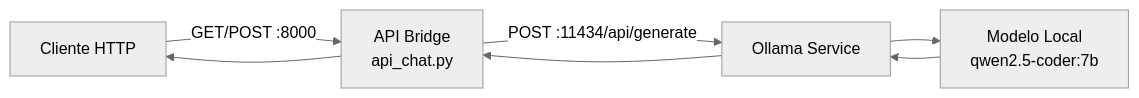
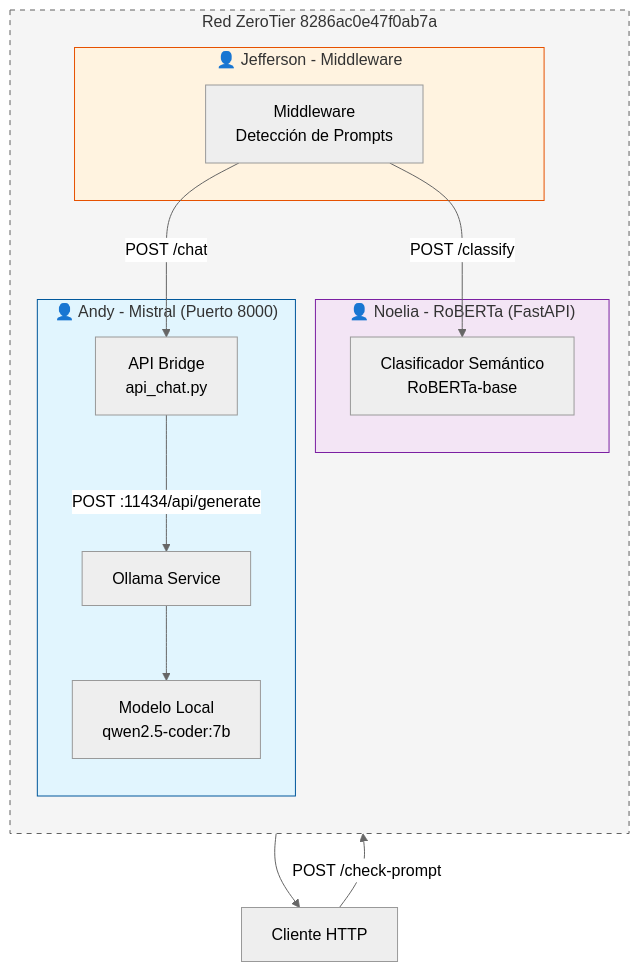
One commit to andylaglaguano9-max/Proyecto_Lagla changed the diagram in README.md. Above: the diagram before and after it, drawn with Mermaid (neutral theme). The commit also changed other lines of this file, not shown here.

Commit message:
Update architecture diagram to reflect team roles: Andy (Mistral/Ollama), Noelia (RoBERTa), Jefferson (Middleware) over ZeroTier

````diff
--- a/README.md
+++ b/README.md
@@ -7,9 +7,26 @@
 ```mermaid
-graph LR
-    A[Cliente HTTP] -->|GET/POST :8000| B[API Bridge<br>api_chat.py]
-    B -->|POST :11434/api/generate| C[Ollama Service]
-    C --> D[Modelo Local<br>qwen2.5-coder:7b]
-    D --> C
-    C --> B
-    B --> A
+graph TB
+    subgraph ZeroTier["Red ZeroTier 8286ac0e47f0ab7a"]
+        direction TB
+        subgraph Andy["👤 Andy - Mistral (Puerto 8000)"]
+            API[API Bridge<br>api_chat.py] -->|POST :11434/api/generate| OLLAMA[Ollama Service]
+            OLLAMA --> MODELO[Modelo Local<br>qwen2.5-coder:7b]
+        end
+        subgraph Noelia["👤 Noelia - RoBERTa (FastAPI)"]
+            ROBERTA[Clasificador Semántico<br>RoBERTa-base]
+        end
+        subgraph Jefferson["👤 Jefferson - Middleware"]
+            MIDDLE[Middleware<br>Detección de Prompts]
+        end
+    end
+
+    CLIENTE[Cliente HTTP] -->|POST /check-prompt| MIDDLE
+    MIDDLE -->|POST /classify| ROBERTA
+    MIDDLE -->|POST /chat| API
+    MIDDLE --> CLIENTE
+
+    style Andy fill:#e1f5fe,stroke:#01579b
+    style Noelia fill:#f3e5f5,stroke:#7b1fa2
+    style Jefferson fill:#fff3e0,stroke:#e65100
+    style ZeroTier fill:#f5f5f5,stroke:#616161,stroke-dasharray: 5 5
 ```
````
